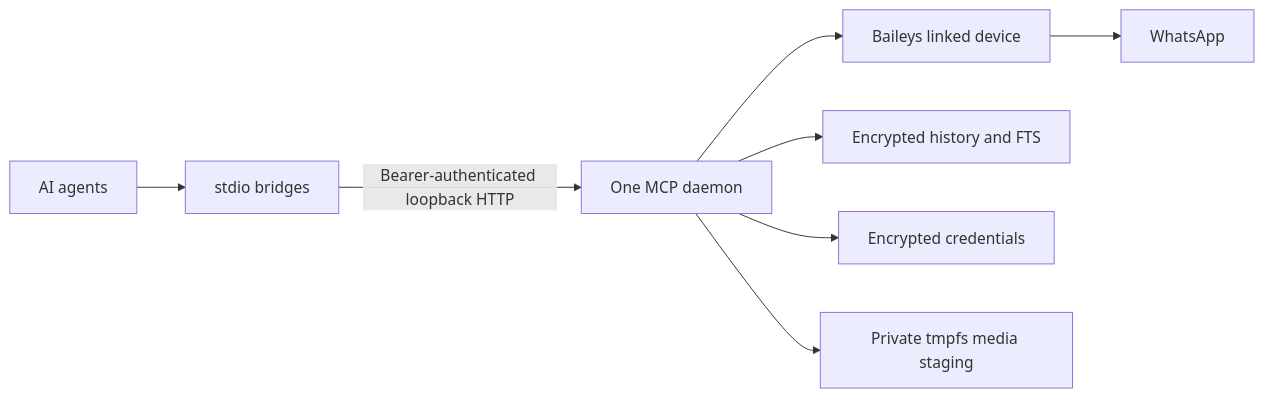
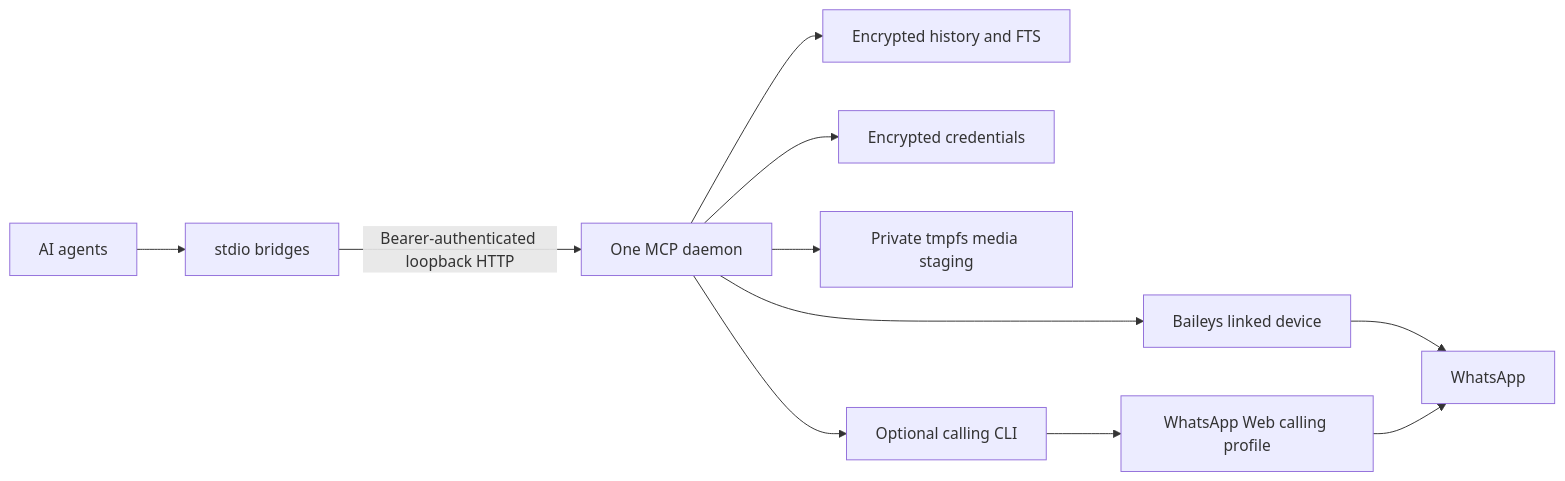
Before and after one commit to Dyfintie/whatsapp-mcp: the diagram in README.md, drawn with Mermaid. The commit also changed other lines of this file and 6 other files, not shown here.

Commit message:
Document the architecture and package the runnable learning guides

````diff
--- a/README.md
+++ b/README.md
@@ -129,10 +140,13 @@
 ```mermaid
 flowchart LR
   A[AI agents] --> B[stdio bridges]
   B -->|Bearer-authenticated loopback HTTP| C[One MCP daemon]
   C --> D[Baileys linked device]
   D --> W[WhatsApp]
   C --> E[Encrypted history and FTS]
   C --> F[Encrypted credentials]
   C --> G[Private tmpfs media staging]
+  C --> H[Optional calling CLI]
+  H --> I[WhatsApp Web calling profile]
+  I --> W
 ```
````
